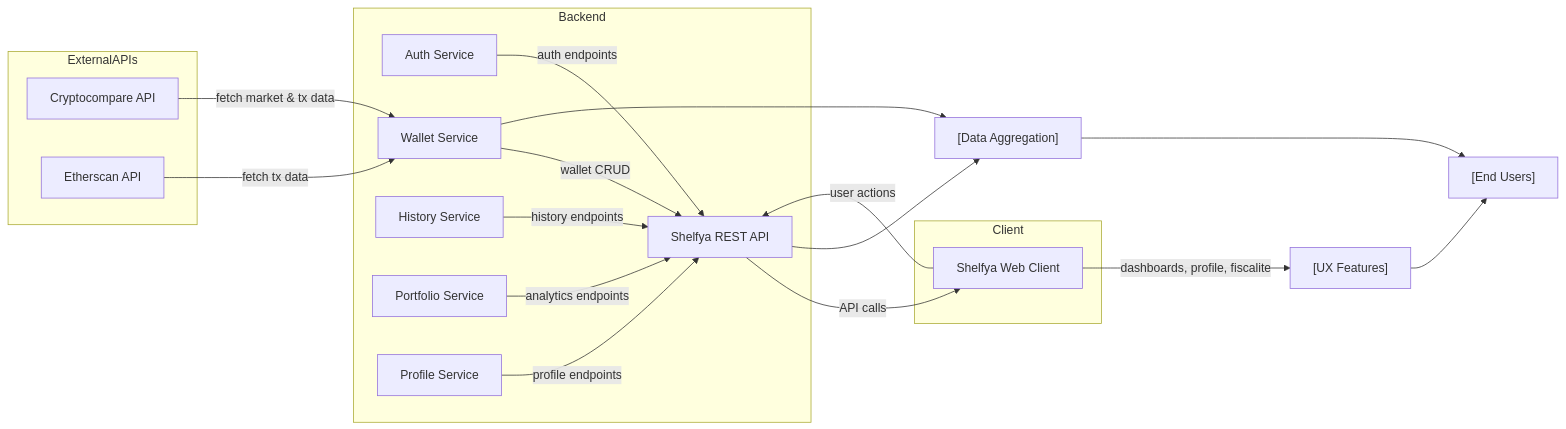
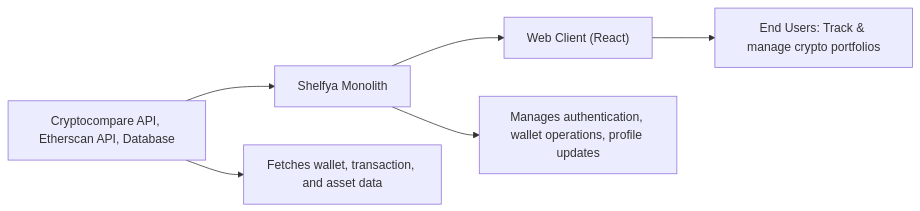
The diagram in .shelfya/README.md (test-orga-shelfya/test-shelfya), drawn with Mermaid before and after one commit. The commit also changed other lines of this file and 8 other files, not shown here.

````diff
--- a/.shelfya/README.md
+++ b/.shelfya/README.md
@@ -65,37 +58,8 @@
 ```mermaid
 flowchart LR
-  subgraph ExternalAPIs
-    cryptocompare["Cryptocompare API"]
-    etherscan["Etherscan API"]
-  end
-
-  subgraph Backend
-    authService["Auth Service"]
-    walletService["Wallet Service"]
-    historyService["History Service"]
-    portfolioService["Portfolio Service"]
-    profileService["Profile Service"]
-    thisModule["Shelfya REST API"]
-  end
-
-  subgraph Client
-    webApp["Shelfya Web Client"]
-  end
-
-  cryptocompare -- fetch market & tx data --> walletService
-  etherscan -- fetch tx data --> walletService
-  walletService -- wallet CRUD --> thisModule
-  authService -- auth endpoints --> thisModule
-  historyService -- history endpoints --> thisModule
-  portfolioService -- analytics endpoints --> thisModule
-  profileService -- profile endpoints --> thisModule
-
-  thisModule -- API calls --> webApp
-
-  webApp -- user actions --> thisModule
-  webApp -- dashboards, profile, fiscalite --> details["[UX Features]"]
-  walletService --> process["[Data Aggregation]"]
-  thisModule --> process
-  details --> consumers["[End Users]"]
-  process --> consumers
+  dependencies["Cryptocompare API, Etherscan API, Database"] --> thisModule["Shelfya Monolith"]
+  thisModule --> usedBy["Web Client (React)"]
+  dependencies --> details["Fetches wallet, transaction, and asset data"]
+  thisModule --> process["Manages authentication, wallet operations, profile updates"]
+  usedBy --> consumers["End Users: Track & manage crypto portfolios"]
 ```
````
